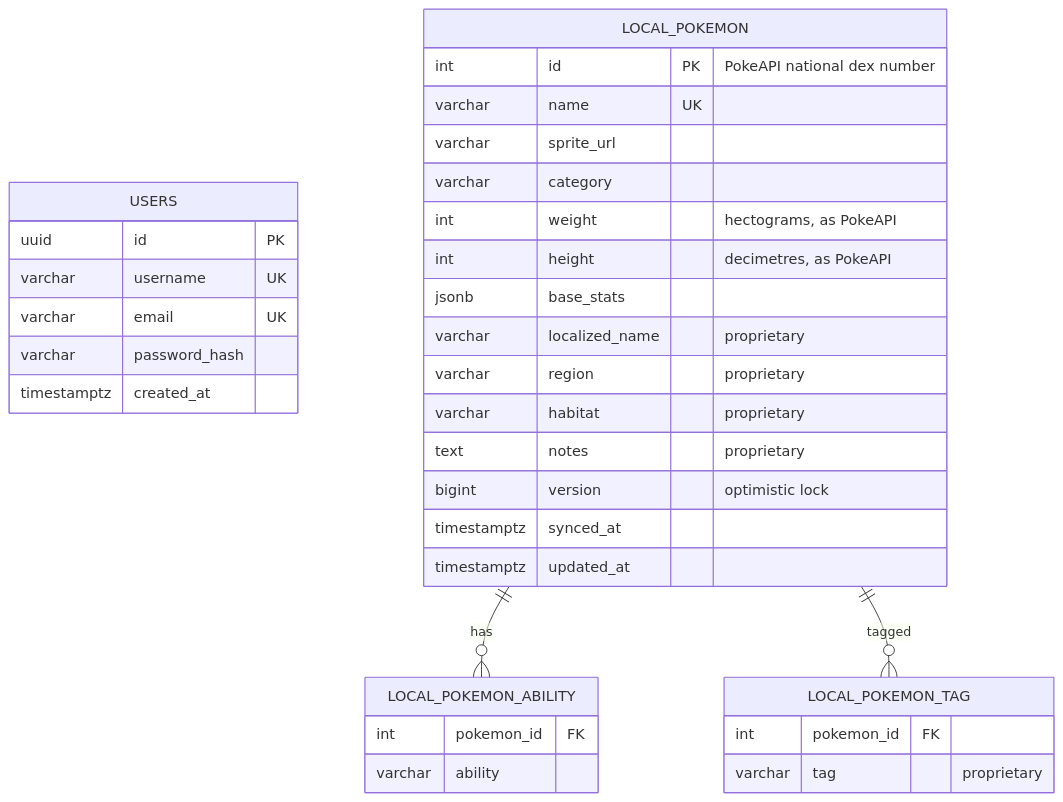
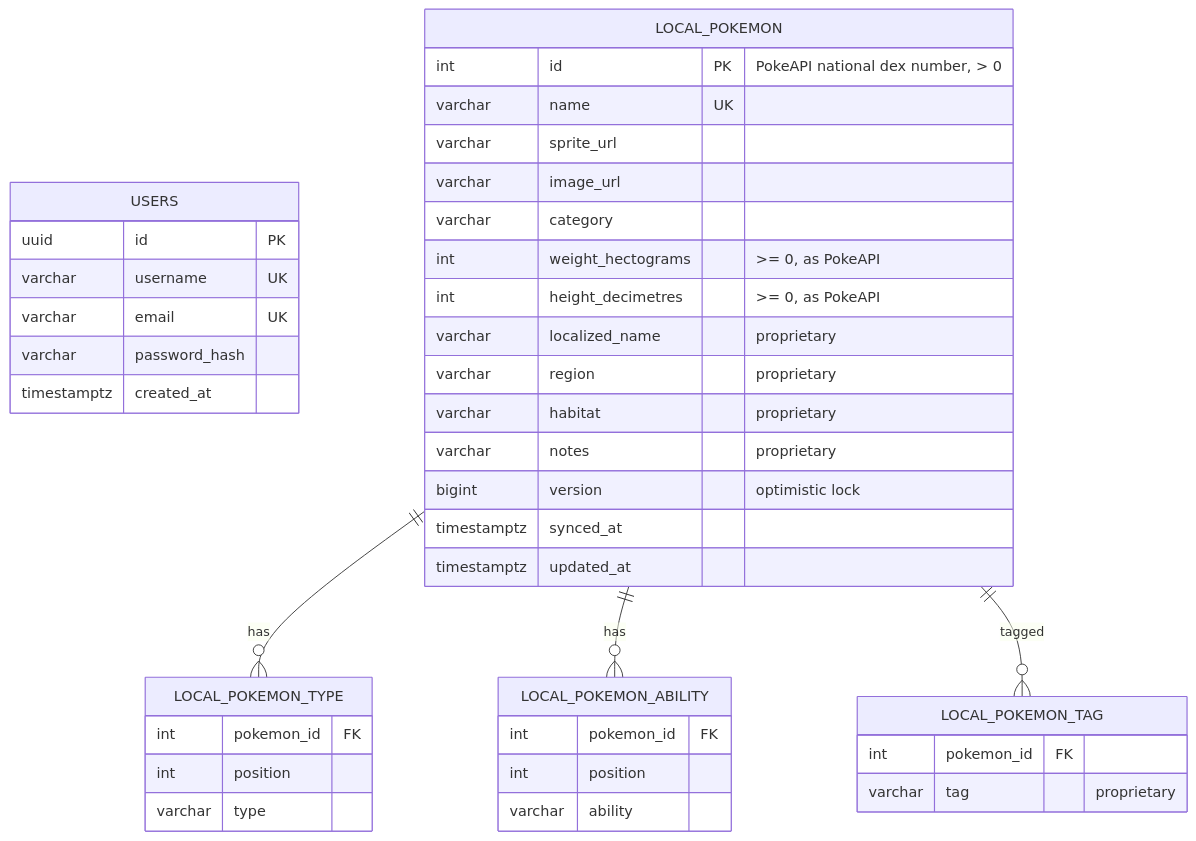
The third of 4 diagrams in docs/ARCHITECTURE.md (tiagosgalvao/poke-app), drawn with Mermaid before and after one commit. The commit also changed other lines of this file and 9 other files, not shown here.

Commit message:
2.1 local schema migration

````diff
--- a/docs/ARCHITECTURE.md
+++ b/docs/ARCHITECTURE.md
@@ -147,36 +149,43 @@
 ```mermaid
 erDiagram
   USERS {
     uuid id PK
     varchar username UK
     varchar email UK
     varchar password_hash
     timestamptz created_at
   }
   LOCAL_POKEMON {
-    int id PK "PokeAPI national dex number"
+    int id PK "PokeAPI national dex number, > 0"
     varchar name UK
     varchar sprite_url
+    varchar image_url
     varchar category
-    int weight "hectograms, as PokeAPI"
-    int height "decimetres, as PokeAPI"
-    jsonb base_stats
+    int weight_hectograms ">= 0, as PokeAPI"
+    int height_decimetres ">= 0, as PokeAPI"
     varchar localized_name "proprietary"
     varchar region "proprietary"
     varchar habitat "proprietary"
-    text notes "proprietary"
+    varchar notes "proprietary"
     bigint version "optimistic lock"
     timestamptz synced_at
     timestamptz updated_at
   }
+  LOCAL_POKEMON_TYPE {
+    int pokemon_id FK
+    int position
+    varchar type
+  }
   LOCAL_POKEMON_ABILITY {
     int pokemon_id FK
+    int position
     varchar ability
   }
   LOCAL_POKEMON_TAG {
     int pokemon_id FK
     varchar tag "proprietary"
   }
+  LOCAL_POKEMON ||--o{ LOCAL_POKEMON_TYPE : has
   LOCAL_POKEMON ||--o{ LOCAL_POKEMON_ABILITY : has
   LOCAL_POKEMON ||--o{ LOCAL_POKEMON_TAG : tagged
 ```
````
